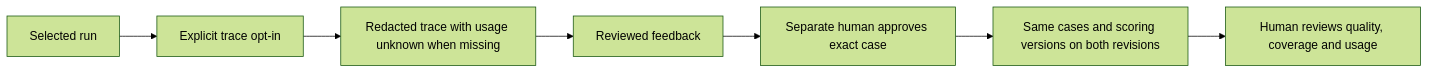
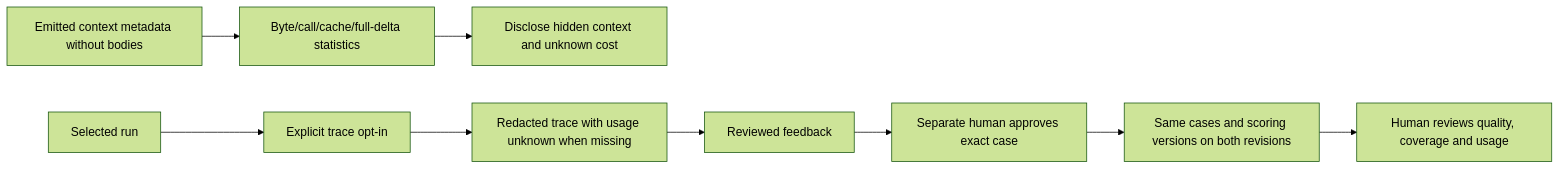
Before and after one commit to wgentil/devflow: the diagram in skills/stats/SKILL.md, drawn with Mermaid (forest theme). The commit also changed other lines of this file and 11 other files, not shown here.

````diff
--- a/skills/stats/SKILL.md
+++ b/skills/stats/SKILL.md
@@ -10,9 +14,11 @@
 ```mermaid
 flowchart LR
+    Context[Emitted context metadata without bodies] --> Measurements[Byte/call/cache/full-delta statistics]
+    Measurements --> Limits[Disclose hidden context and unknown cost]
     Run[Selected run] --> OptIn[Explicit trace opt-in]
     OptIn --> Trace[Redacted trace with usage unknown when missing]
     Trace --> Feedback[Reviewed feedback]
     Feedback --> Approve[Separate human approves exact case]
     Approve --> Compare[Same cases and scoring versions on both revisions]
     Compare --> Review[Human reviews quality, coverage and usage]
 ```
````
